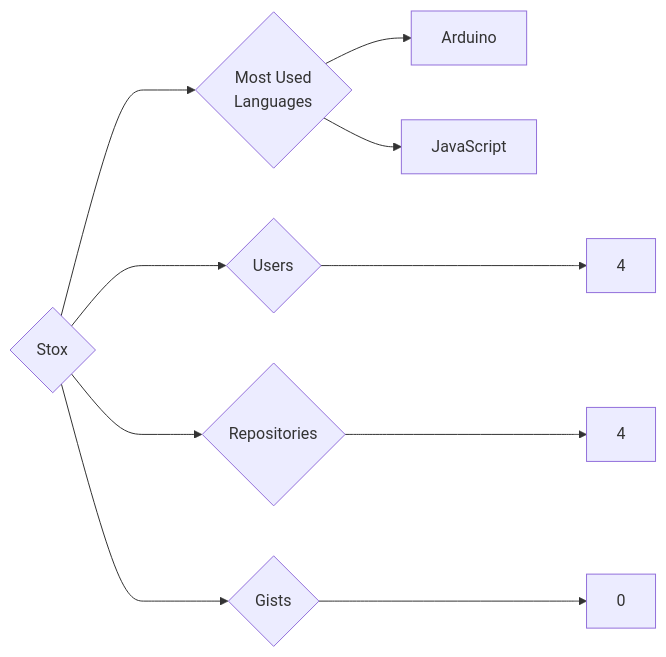
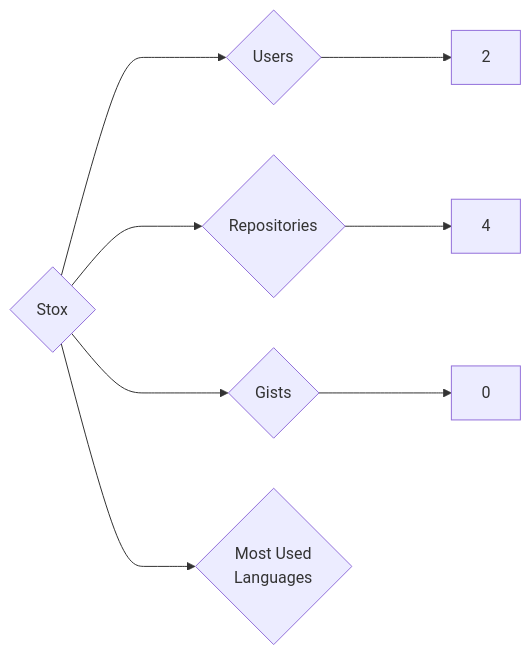
Before and after one commit to trickest/insiders: the diagram in targets/Stox/README.md, drawn with Mermaid. The commit also changed 928 other files, not shown here.

````diff
--- a/targets/Stox/README.md
+++ b/targets/Stox/README.md
@@ -3,10 +3,8 @@
 ```mermaid
 graph LR
 COMPANY_NAME{Stox}
-COMPANY_NAME ---> U{Users} ---> UN[4]
+COMPANY_NAME ---> U{Users} ---> UN[2]
 COMPANY_NAME ---> R{Repositories} ---> RN[4]
 COMPANY_NAME ---> G{Gists} ---> GN[0]
 COMPANY_NAME ---> ML{Most Used<br>Languages}
-ML --> Arduino[Arduino]
-ML --> JavaScript[JavaScript]
 ```
````
